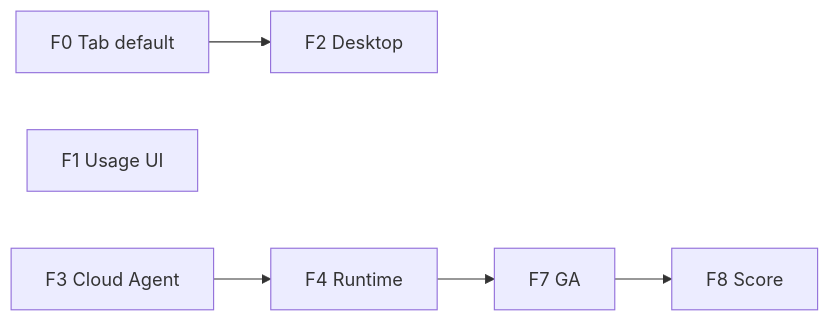
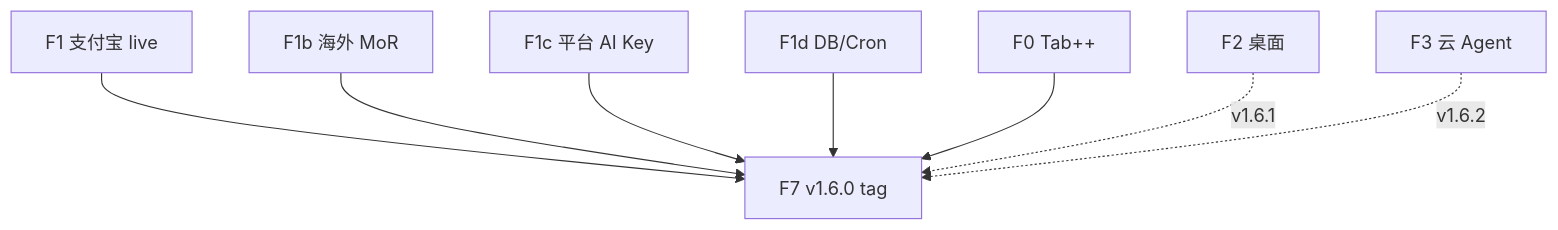
The diagram in docs/ROADMAP_V1.6.md (FengYue427/ai-ide), drawn with Mermaid before and after one commit. The commit also changed other lines of this file and 5 other files, not shown here.

````diff
--- a/docs/ROADMAP_V1.6.md
+++ b/docs/ROADMAP_V1.6.md
@@ -48,12 +57,16 @@
 ```mermaid
-flowchart LR
-  F0[F0 Tab default]
-  F1[F1 Usage UI]
-  F2[F2 Desktop]
-  F3[F3 Cloud Agent]
-  F4[F4 Runtime]
-  F0 --> F2
-  F3 --> F4
-  F4 --> F7[F7 GA]
-  F7 --> F8[F8 Score]
+flowchart TB
+  F1[F1 支付宝 live]
+  F1b[F1b 海外 MoR]
+  F1c[F1c 平台 AI Key]
+  F1d[F1d DB/Cron]
+  F0[F0 Tab++]
+  F7[F7 v1.6.0 tag]
+  F1 --> F7
+  F1b --> F7
+  F1c --> F7
+  F1d --> F7
+  F0 --> F7
+  F2[F2 桌面] -.->|v1.6.1| F7
+  F3[F3 云 Agent] -.->|v1.6.2| F7
 ```
````
